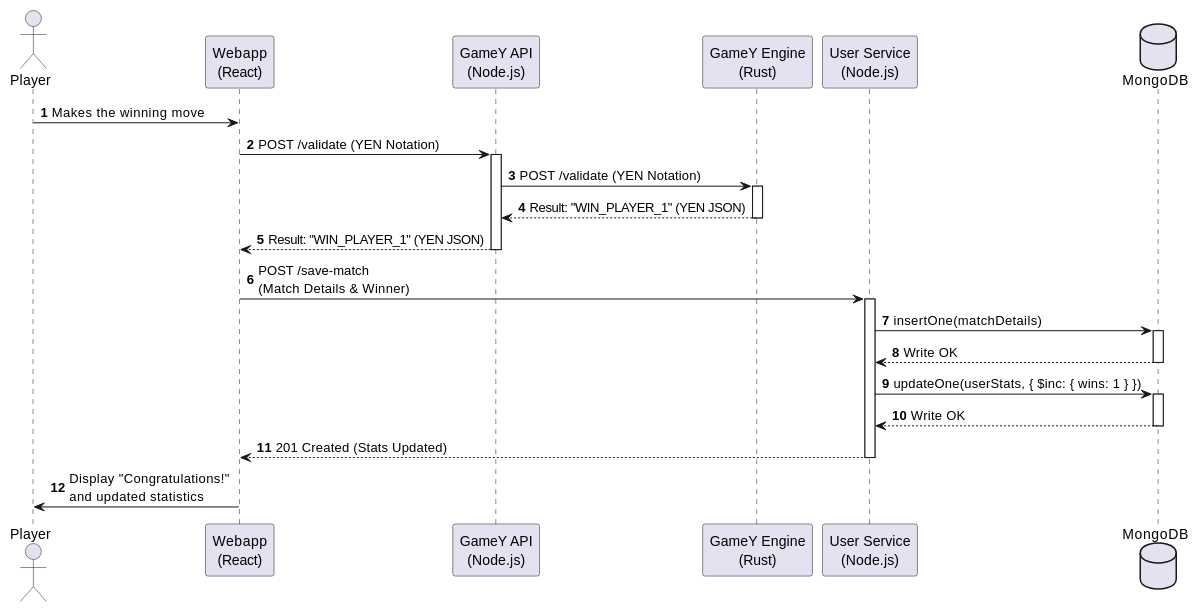
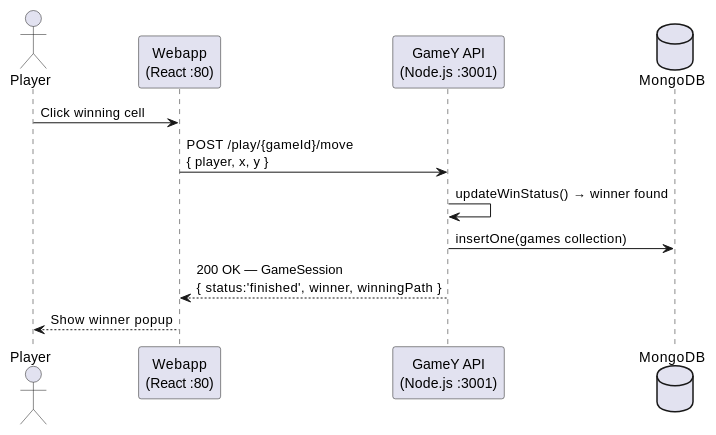
Before and after one commit to Arquisoft/yovi_en1a: the third of 5 diagrams in docs/src/06_runtime_view.adoc, drawn with PlantUML. The commit also changed other lines of this file and 1 other file, not shown here.

```diff
--- a/docs/src/06_runtime_view.adoc
+++ b/docs/src/06_runtime_view.adoc
@@ -87,39 +53,16 @@
 [plantuml, target="match-conclusion", format="png"]
 ----
 @startuml
-autonumber
-actor "Player" as User
-participant "Webapp\n(React)" as UI
-participant "GameY API\n(Node.js)" as API
-participant "GameY Engine\n(Rust)" as Rust
-participant "User Service\n(Node.js)" as Node
+actor "Player" as Player
+participant "Webapp\n(React :80)" as Webapp
+participant "GameY API\n(Node.js :3001)" as API
 database "MongoDB" as DB
 
-User -> UI : Makes the winning move
-UI -> API : POST /validate (YEN Notation)
-activate API
-API -> Rust : POST /validate (YEN Notation)
-activate Rust
-Rust --> API : Result: "WIN_PLAYER_1" (YEN JSON)
-deactivate Rust
-API --> UI : Result: "WIN_PLAYER_1" (YEN JSON)
-deactivate API
-
-UI -> Node : POST /save-match \n(Match Details & Winner)
-activate Node
-Node -> DB : insertOne(matchDetails)
-activate DB
-DB --> Node : Write OK
-deactivate DB
-
-Node -> DB : updateOne(userStats, { $inc: { wins: 1 } })
-activate DB
-DB --> Node : Write OK
-deactivate DB
-
-Node --> UI : 201 Created (Stats Updated)
-deactivate Node
-
-UI -> User : Display "Congratulations!" \nand updated statistics
+Player -> Webapp : Click winning cell
+Webapp -> API : POST /play/{gameId}/move\n{ player, x, y }
+API -> API : updateWinStatus() → winner found
+API -> DB : insertOne(games collection)
+API --> Webapp : 200 OK — GameSession\n{ status:'finished', winner, winningPath }
+Webapp --> Player : Show winner popup
 @enduml
 ----
```
